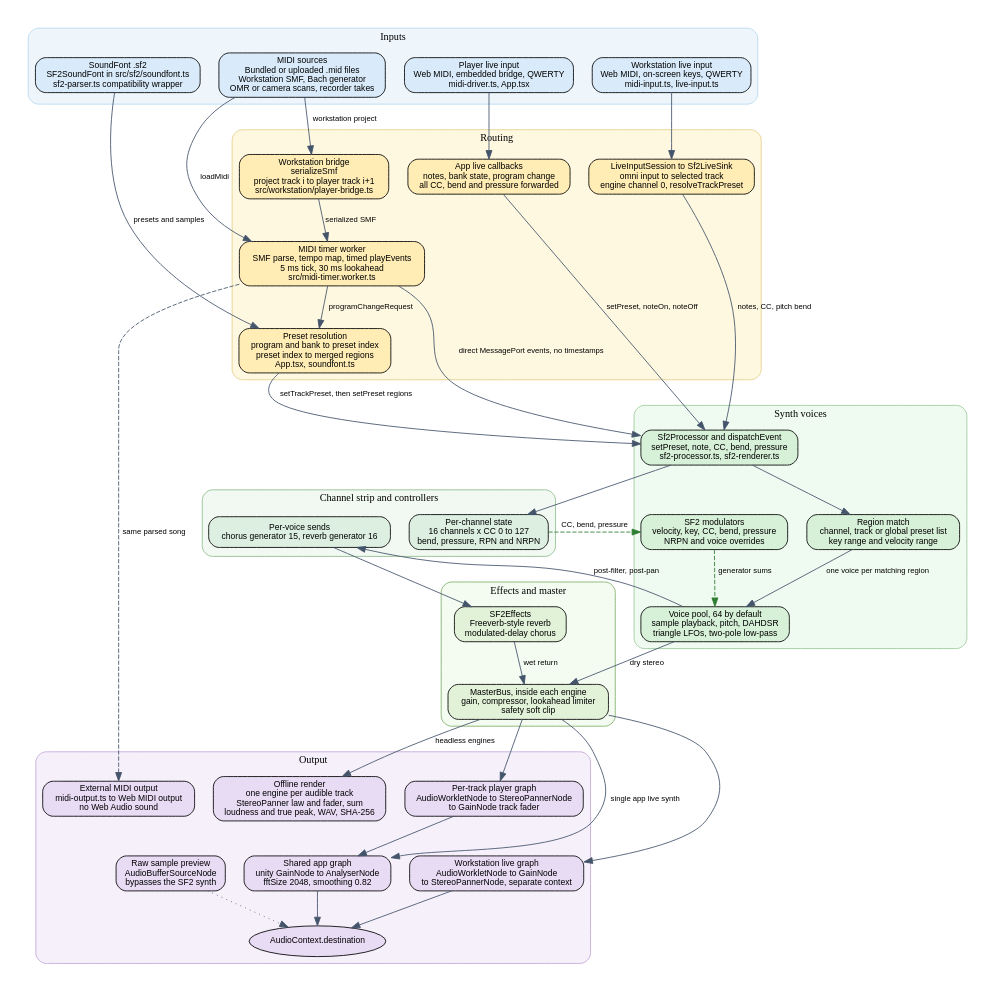
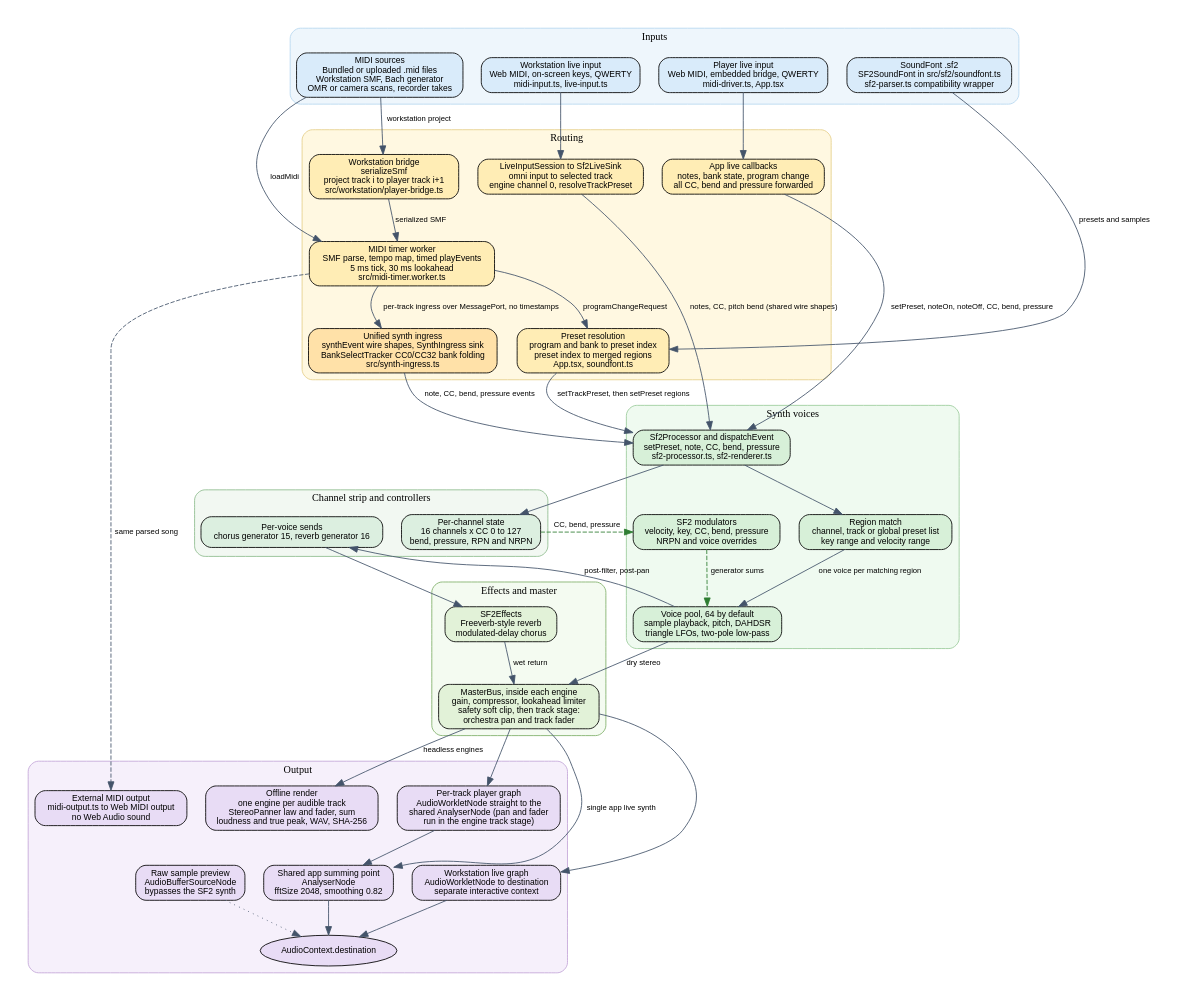
One commit to yishengjiang99/gbk changed the diagram in docs/audio-path.dot. Above: the diagram before and after it, drawn with Graphviz. The commit also changed 2 other files, not shown here.

Commit message:
Docs: audio path chart and README for unified ingress and in-engine track stage

```diff
--- a/docs/audio-path.dot
+++ b/docs/audio-path.dot
@@ -1,116 +1,118 @@
 digraph GbkAudioPath {
   graph [rankdir=TB, bgcolor="white", pad="0.25", nodesep="0.3", ranksep="0.55", splines=true];
   node [shape=box, style="rounded,filled", fontsize=10, fontname="Helvetica", margin="0.08,0.05"];
   edge [fontsize=9, fontname="Helvetica", color="#44546a"];
 
   subgraph cluster_inputs {
     label="Inputs";
     style="rounded,filled";
     color="#b7d7f0";
     fillcolor="#eef6fc";
     fontsize=12;
 
     smf_src [label="MIDI sources\nBundled or uploaded .mid files\nWorkstation SMF, Bach generator\nOMR or camera scans, recorder takes", fillcolor="#d9ebfa"];
     live_ws [label="Workstation live input\nWeb MIDI, on-screen keys, QWERTY\nmidi-input.ts, live-input.ts", fillcolor="#d9ebfa"];
     live_app [label="Player live input\nWeb MIDI, embedded bridge, QWERTY\nmidi-driver.ts, App.tsx", fillcolor="#d9ebfa"];
     sf2 [label="SoundFont .sf2\nSF2SoundFont in src/sf2/soundfont.ts\nsf2-parser.ts compatibility wrapper", fillcolor="#d9ebfa"];
   }
 
   subgraph cluster_routing {
     label="Routing";
     style="rounded,filled";
     color="#e6cf8a";
     fillcolor="#fff8e1";
     fontsize=12;
 
     bridge [label="Workstation bridge\nserializeSmf\nproject track i to player track i+1\nsrc/workstation/player-bridge.ts", fillcolor="#ffedb5"];
     timer [label="MIDI timer worker\nSMF parse, tempo map, timed playEvents\n5 ms tick, 30 ms lookahead\nsrc/midi-timer.worker.ts", fillcolor="#ffedb5"];
     preset [label="Preset resolution\nprogram and bank to preset index\npreset index to merged regions\nApp.tsx, soundfont.ts", fillcolor="#ffedb5"];
     live_sink_route [label="LiveInputSession to Sf2LiveSink\nomni input to selected track\nengine channel 0, resolveTrackPreset", fillcolor="#ffedb5"];
     app_live_route [label="App live callbacks\nnotes, bank state, program change\nall CC, bend and pressure forwarded", fillcolor="#ffedb5"];
+    ingress [label="Unified synth ingress\nsynthEvent wire shapes, SynthIngress sink\nBankSelectTracker CC0/CC32 bank folding\nsrc/synth-ingress.ts", fillcolor="#ffe1a8"];
   }
 
   subgraph cluster_synth_voices {
     label="Synth voices";
     style="rounded,filled";
     color="#9ccc9c";
     fillcolor="#effaf0";
     fontsize=12;
 
     dispatch [label="Sf2Processor and dispatchEvent\nsetPreset, note, CC, bend, pressure\nsf2-processor.ts, sf2-renderer.ts", fillcolor="#d7f0d8"];
     region_match [label="Region match\nchannel, track or global preset list\nkey range and velocity range", fillcolor="#d7f0d8"];
     modulators [label="SF2 modulators\nvelocity, key, CC, bend, pressure\nNRPN and voice overrides", fillcolor="#d7f0d8"];
     voices [label="Voice pool, 64 by default\nsample playback, pitch, DAHDSR\ntriangle LFOs, two-pole low-pass", fillcolor="#d7f0d8"];
   }
 
   subgraph cluster_channel_strip {
     label="Channel strip and controllers";
     style="rounded,filled";
     color="#8fbc8f";
     fillcolor="#f2f8f2";
     fontsize=12;
 
     ctl_state [label="Per-channel state\n16 channels x CC 0 to 127\nbend, pressure, RPN and NRPN", fillcolor="#dcefe0"];
     sends [label="Per-voice sends\nchorus generator 15, reverb generator 16", fillcolor="#dcefe0"];
   }
 
   subgraph cluster_master {
     label="Effects and master";
     style="rounded,filled";
     color="#7fb069";
     fillcolor="#f4fbf1";
     fontsize=12;
 
     fx [label="SF2Effects\nFreeverb-style reverb\nmodulated-delay chorus", fillcolor="#e2f2d8"];
-    master [label="MasterBus, inside each engine\ngain, compressor, lookahead limiter\nsafety soft clip", fillcolor="#e2f2d8"];
+    master [label="MasterBus, inside each engine\ngain, compressor, lookahead limiter\nsafety soft clip, then track stage:\norchestra pan and track fader", fillcolor="#e2f2d8"];
   }
 
   subgraph cluster_output {
     label="Output";
     style="rounded,filled";
     color="#c3a6d9";
     fillcolor="#f6f0fb";
     fontsize=12;
 
-    track_graph [label="Per-track player graph\nAudioWorkletNode to StereoPannerNode\nto GainNode track fader", fillcolor="#e8dcf5"];
-    app_bus [label="Shared app graph\nunity GainNode to AnalyserNode\nfftSize 2048, smoothing 0.82", fillcolor="#e8dcf5"];
-    live_graph [label="Workstation live graph\nAudioWorkletNode to GainNode\nto StereoPannerNode, separate context", fillcolor="#e8dcf5"];
+    track_graph [label="Per-track player graph\nAudioWorkletNode straight to the\nshared AnalyserNode (pan and fader\nrun in the engine track stage)", fillcolor="#e8dcf5"];
+    app_bus [label="Shared app summing point\nAnalyserNode\nfftSize 2048, smoothing 0.82", fillcolor="#e8dcf5"];
+    live_graph [label="Workstation live graph\nAudioWorkletNode to destination\nseparate interactive context", fillcolor="#e8dcf5"];
     destination [label="AudioContext.destination", shape=ellipse, fillcolor="#e8dcf5"];
     offline [label="Offline render\none engine per audible track\nStereoPanner law and fader, sum\nloudness and true peak, WAV, SHA-256", fillcolor="#e8dcf5"];
     midi_out [label="External MIDI output\nmidi-output.ts to Web MIDI output\nno Web Audio sound", fillcolor="#e8dcf5"];
     raw_preview [label="Raw sample preview\nAudioBufferSourceNode\nbypasses the SF2 synth", fillcolor="#e8dcf5"];
   }
 
   smf_src -> bridge [label="workstation project"];
   smf_src -> timer [label="loadMidi"];
   bridge -> timer [label="serialized SMF"];
   sf2 -> preset [label="presets and samples"];
   timer -> preset [label="programChangeRequest"];
   preset -> dispatch [label="setTrackPreset, then setPreset regions"];
-  timer -> dispatch [label="direct MessagePort events, no timestamps"];
+  timer -> ingress [label="per-track ingress over MessagePort, no timestamps"];
+  ingress -> dispatch [label="note, CC, bend, pressure events"];
   timer -> midi_out [label="same parsed song", style=dashed];
 
   live_ws -> live_sink_route;
-  live_sink_route -> dispatch [label="notes, CC, pitch bend"];
+  live_sink_route -> dispatch [label="notes, CC, pitch bend (shared wire shapes)"];
   live_app -> app_live_route;
-  app_live_route -> dispatch [label="setPreset, noteOn, noteOff"];
+  app_live_route -> dispatch [label="setPreset, noteOn, noteOff, CC, bend, pressure"];
 
   dispatch -> ctl_state;
   dispatch -> region_match;
   ctl_state -> modulators [label="CC, bend, pressure", style=dashed, color="#2e7d32"];
   modulators -> voices [label="generator sums", style=dashed, color="#2e7d32"];
   region_match -> voices [label="one voice per matching region"];
   voices -> sends [label="post-filter, post-pan"];
   voices -> master [label="dry stereo"];
   sends -> fx;
   fx -> master [label="wet return"];
 
   master -> track_graph;
   track_graph -> app_bus;
   master -> app_bus [label="single app live synth"];
   master -> live_graph;
   master -> offline [label="headless engines"];
   app_bus -> destination;
   live_graph -> destination;
   raw_preview -> destination [style=dotted];
 }
```
